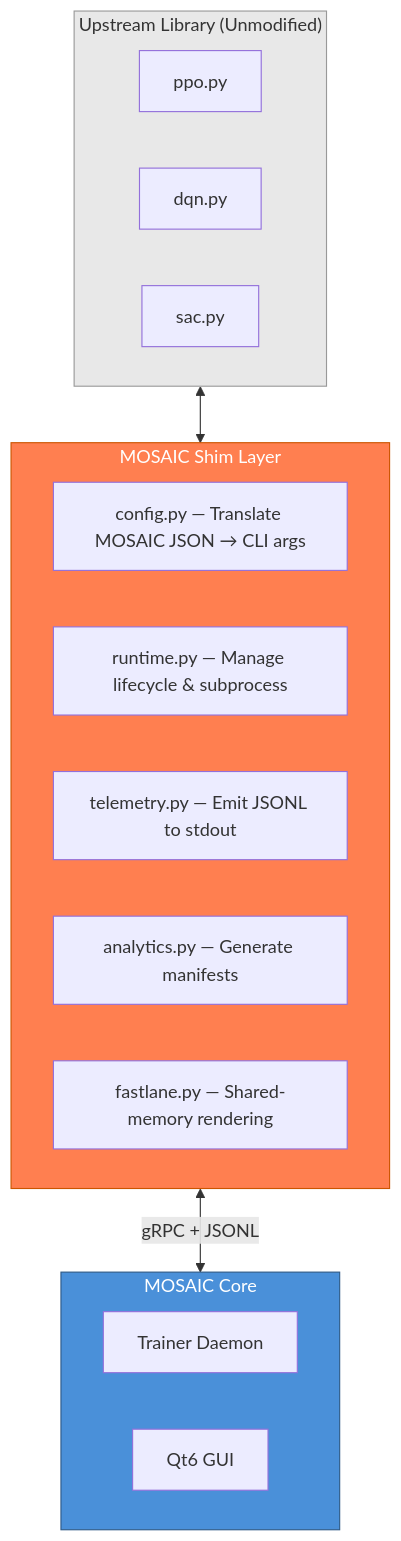
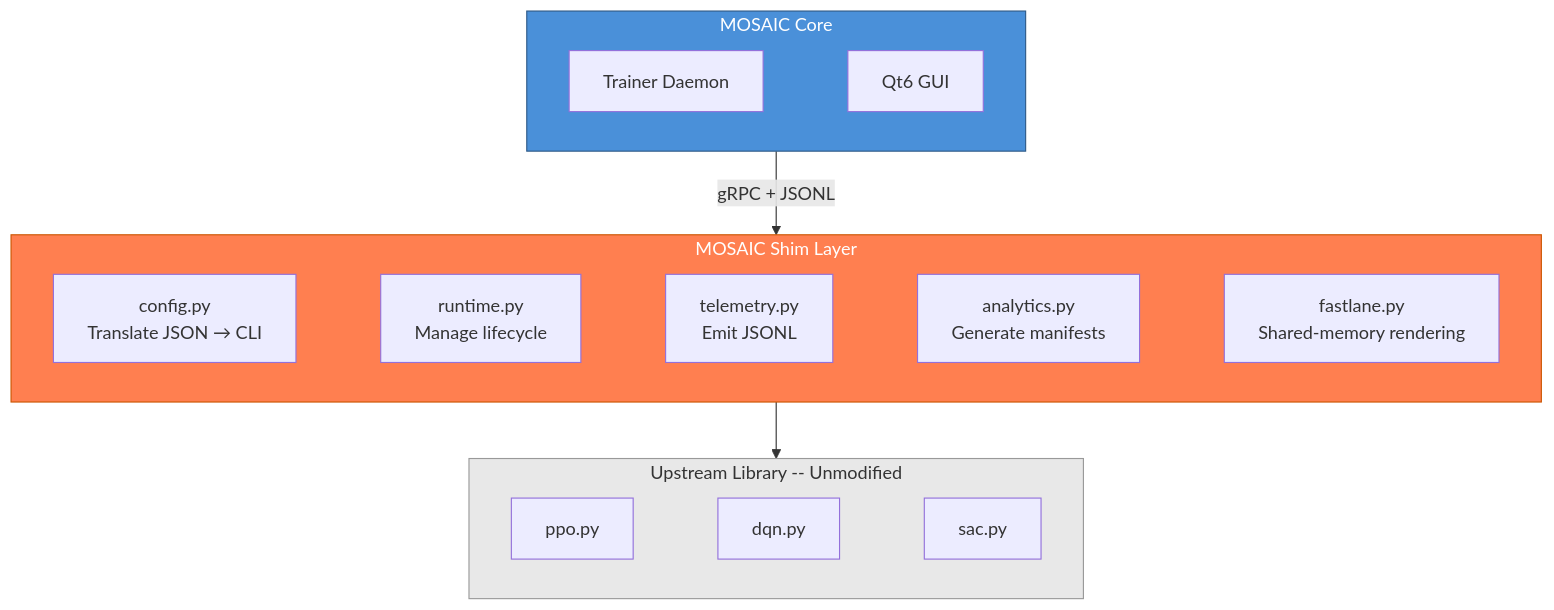
The fourth of 4 diagrams in docs/source/documents/architecture/workers/concept.rst (Abdulhamid97Mousa/mosaic), drawn with Mermaid before and after one commit. The commit also changed other lines of this file and 14 other files, not shown here.

```diff
--- a/docs/source/documents/architecture/workers/concept.rst
+++ b/docs/source/documents/architecture/workers/concept.rst
@@ -124,28 +132,21 @@
 .. mermaid::
 
    graph TB
-       subgraph Upstream["Upstream Library (Unmodified)"]
-           U1["ppo.py"]
-           U2["dqn.py"]
-           U3["sac.py"]
+       subgraph Core["MOSAIC Core"]
+           D["Trainer Daemon"] ~~~ G["Qt6 GUI"]
        end
 
        subgraph Shim["MOSAIC Shim Layer"]
-           S1["config.py — Translate MOSAIC JSON → CLI args"]
-           S2["runtime.py — Manage lifecycle & subprocess"]
-           S3["telemetry.py — Emit JSONL to stdout"]
-           S4["analytics.py — Generate manifests"]
-           S5["fastlane.py — Shared-memory rendering"]
+           S1["config.py<br/>Translate JSON → CLI"] ~~~ S2["runtime.py<br/>Manage lifecycle"] ~~~ S3["telemetry.py<br/>Emit JSONL"] ~~~ S4["analytics.py<br/>Generate manifests"] ~~~ S5["fastlane.py<br/>Shared-memory rendering"]
        end
 
-       subgraph Core["MOSAIC Core"]
-           D["Trainer Daemon"]
-           G["Qt6 GUI"]
+       subgraph Upstream["Upstream Library -- Unmodified"]
+           U1["ppo.py"] ~~~ U2["dqn.py"] ~~~ U3["sac.py"]
        end
 
-       Upstream <--> Shim
-       Shim <-->|"gRPC + JSONL"| Core
+       Core -->|"gRPC + JSONL"| Shim
+       Shim --> Upstream
 
+       style Core fill:#4a90d9,stroke:#2e5a87,color:#fff
+       style Shim fill:#ff7f50,stroke:#cc5500,color:#fff
        style Upstream fill:#e8e8e8,stroke:#999
-       style Shim fill:#ff7f50,stroke:#cc5500,color:#fff
-       style Core fill:#4a90d9,stroke:#2e5a87,color:#fff
```
